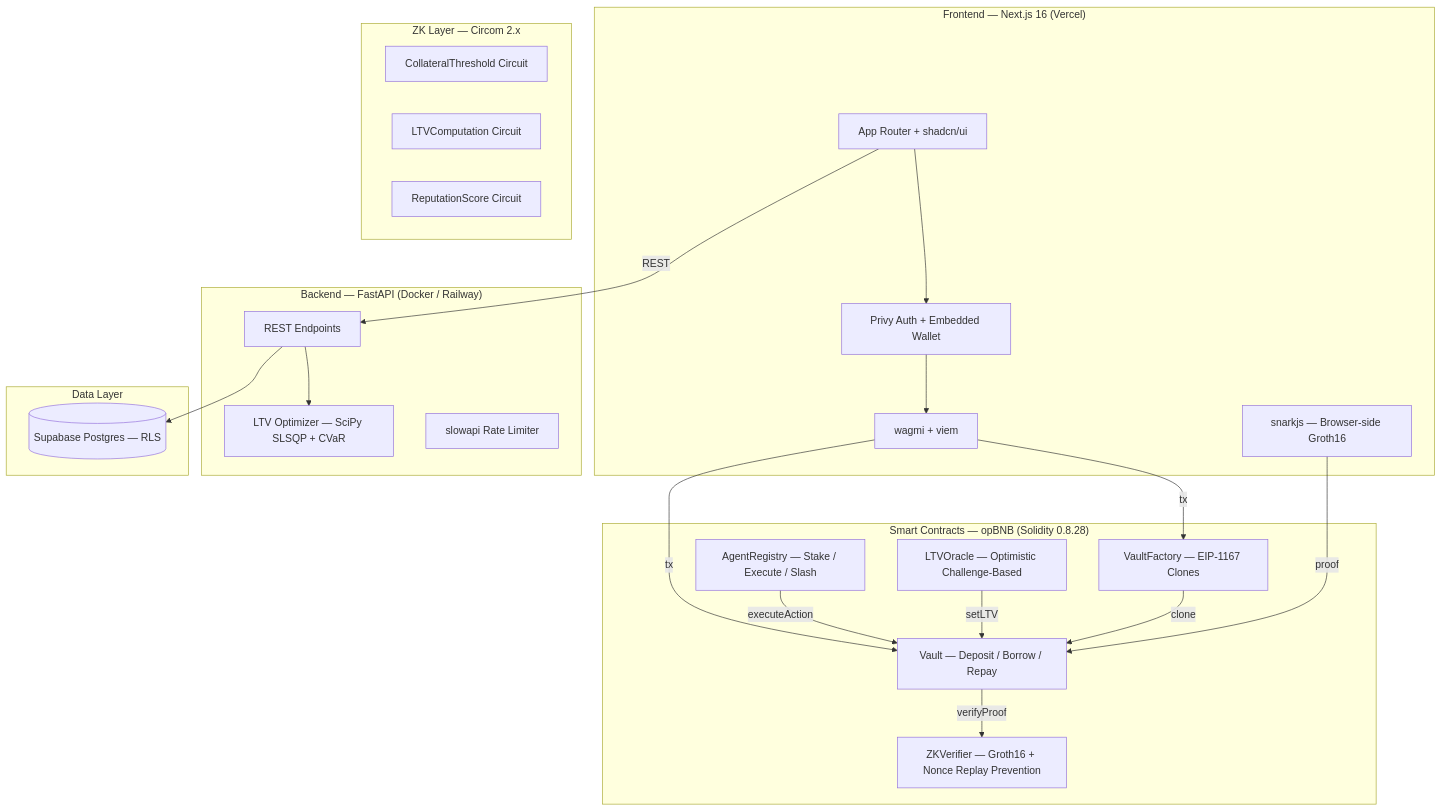
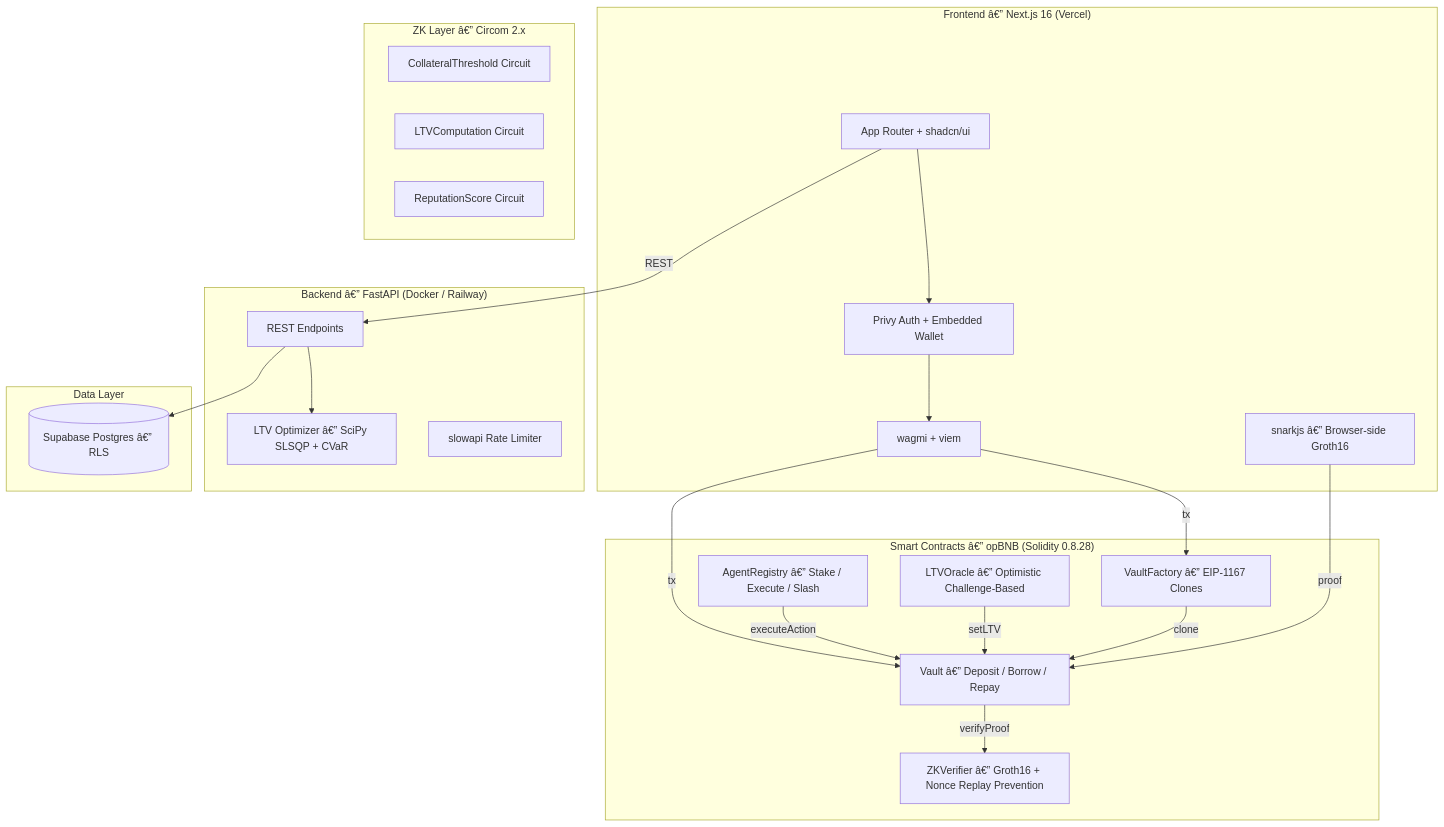
Before and after one commit to blinderchief/VaultForge: the second of 2 diagrams in README.md, drawn with Mermaid. The commit also changed other lines of this file and 31 other files, not shown here.

First line of the commit message:
fix: ZKVerifier factory auth + auto-authorize vault clones on deploy

````diff
--- a/README.md
+++ b/README.md
@@ -69,45 +69,45 @@
 ```mermaid
 flowchart TB
-    subgraph Frontend["Frontend — Next.js 16 (Vercel)"]
+    subgraph Frontend["Frontend â€” Next.js 16 (Vercel)"]
         UI[App Router + shadcn/ui]
         Privy[Privy Auth + Embedded Wallet]
         Wagmi[wagmi + viem]
-        ZKBrowser[snarkjs — Browser-side Groth16]
+        ZKBrowser[snarkjs â€” Browser-side Groth16]
     end
 
-    subgraph Backend["Backend — FastAPI (Docker / Railway)"]
+    subgraph Backend["Backend â€” FastAPI (Docker / Railway)"]
         API[REST Endpoints]
-        Optimizer[LTV Optimizer — SciPy SLSQP + CVaR]
+        Optimizer[LTV Optimizer â€” SciPy SLSQP + CVaR]
         RateLimiter[slowapi Rate Limiter]
     end
 
-    subgraph ZK["ZK Layer — Circom 2.x"]
+    subgraph ZK["ZK Layer â€” Circom 2.x"]
         CT[CollateralThreshold Circuit]
         LTV[LTVComputation Circuit]
         RS[ReputationScore Circuit]
     end
 
-    subgraph Contracts["Smart Contracts — opBNB (Solidity 0.8.28)"]
-        VF[VaultFactory — EIP-1167 Clones]
-        V[Vault — Deposit / Borrow / Repay]
-        ZKV[ZKVerifier — Groth16 + Nonce Replay Prevention]
-        AR[AgentRegistry — Stake / Execute / Slash]
-        LO[LTVOracle — Optimistic Challenge-Based]
+    subgraph Contracts["Smart Contracts â€” opBNB (Solidity 0.8.28)"]
+        VF[VaultFactory â€” EIP-1167 Clones]
+        V[Vault â€” Deposit / Borrow / Repay]
+        ZKV[ZKVerifier â€” Groth16 + Nonce Replay Prevention]
+        AR[AgentRegistry â€” Stake / Execute / Slash]
+        LO[LTVOracle â€” Optimistic Challenge-Based]
     end
 
     subgraph Data["Data Layer"]
-        SB[(Supabase Postgres — RLS)]
+        SB[(Supabase Postgres â€” RLS)]
     end
 
     UI --> Privy --> Wagmi
     Wagmi -->|"tx"| VF
     Wagmi -->|"tx"| V
     ZKBrowser -->|"proof"| V
     UI -->|"REST"| API
     API --> Optimizer
     API --> SB
     V -->|"verifyProof"| ZKV
     AR -->|"executeAction"| V
     LO -->|"setLTV"| V
     VF -->|"clone"| V
 ```
````
